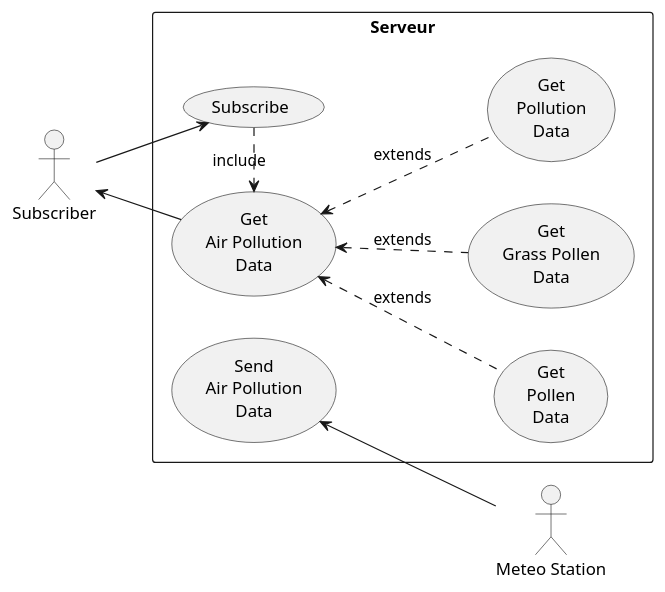
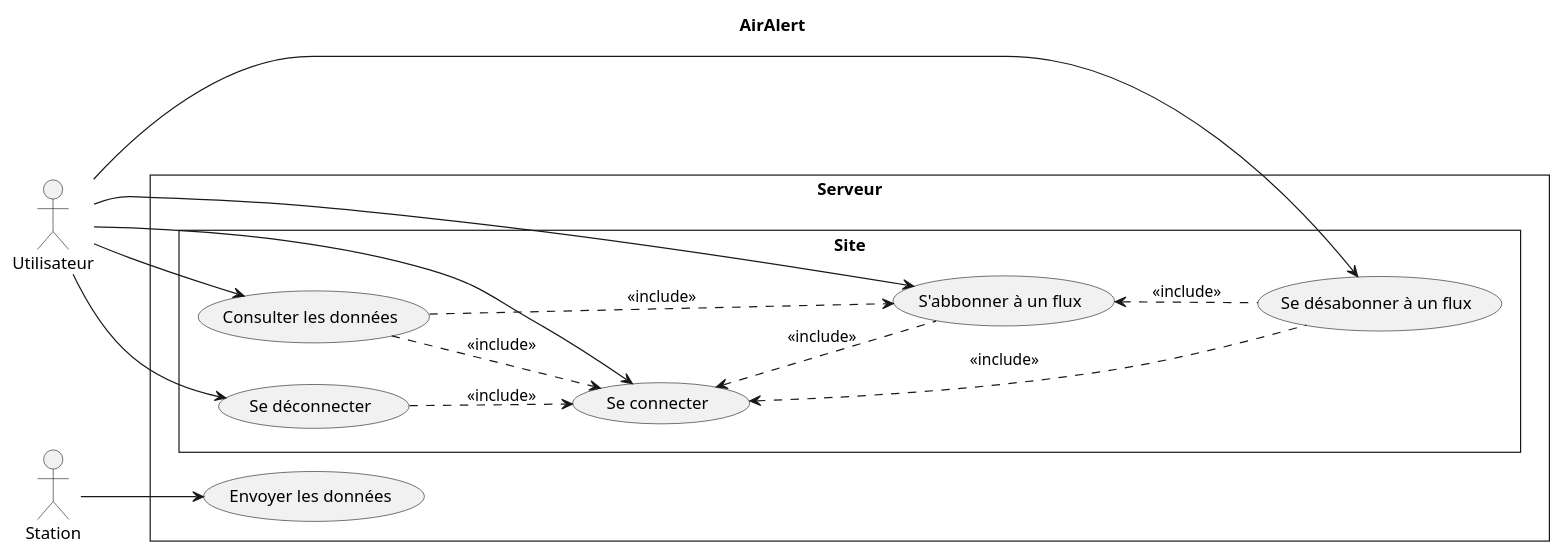
The diagram in useCaseDiagram.puml (Stonks-Life-Inc/AirAlert), drawn with PlantUML before and after one commit.

```diff
--- a/useCaseDiagram.puml
+++ b/useCaseDiagram.puml
@@ -1,25 +1,30 @@
-@startuml
+Title : AirAlert
+
 left to right direction
+skinparam style strictuml
+skinparam packageStyle rect
 
-rectangle Serveur {
-    (Subscribe) as (SUB)
-    (Get\nAir Pollution\nData) as (GAPD)
-    (Get\nPollution\nData) as (GPD)
-    (Get\nPollen\nData) as (GPlD)
-    (Get\nGrass Pollen\nData) as (GGPD)
-    (Send\nAir Pollution\nData) as (SAPD)
+actor Utilisateur as user
+rectangle "Serveur" {
+    rectangle "Site" {
+        (Se connecter) as connect
+        user --> connect
+        (Se déconnecter) as disconnect
+        disconnect ..> connect : <<include>>
+        user --> disconnect
+        (S'abbonner à un flux) as aboFlux
+        connect <.. aboFlux : << include >>
+        (Se désabonner à un flux) as daboFlux
+        connect <.. daboFlux : << include >>
+        aboFlux <.. daboFlux : << include >>
+        user --> aboFlux
+        user --> daboFlux
+        (Consulter les données) as checkData
+        user --> checkData
+        checkData ..> connect : <<include>>
+        checkData ..> aboFlux : <<include>>
+    } 
+    (Envoyer les données) as sendData
 }
-
-:Subscriber: as Sub
-:Meteo Station: as MS
-
-SAPD <-- MS
-
-Sub --> SUB
-Sub <-- GAPD
-SUB .> GAPD : include
-GAPD <.. GPD : extends
-GAPD <.. GPlD : extends
-GAPD <.. GGPD : extends
-
-@enduml
+actor Station 
+Station --> sendData
```
